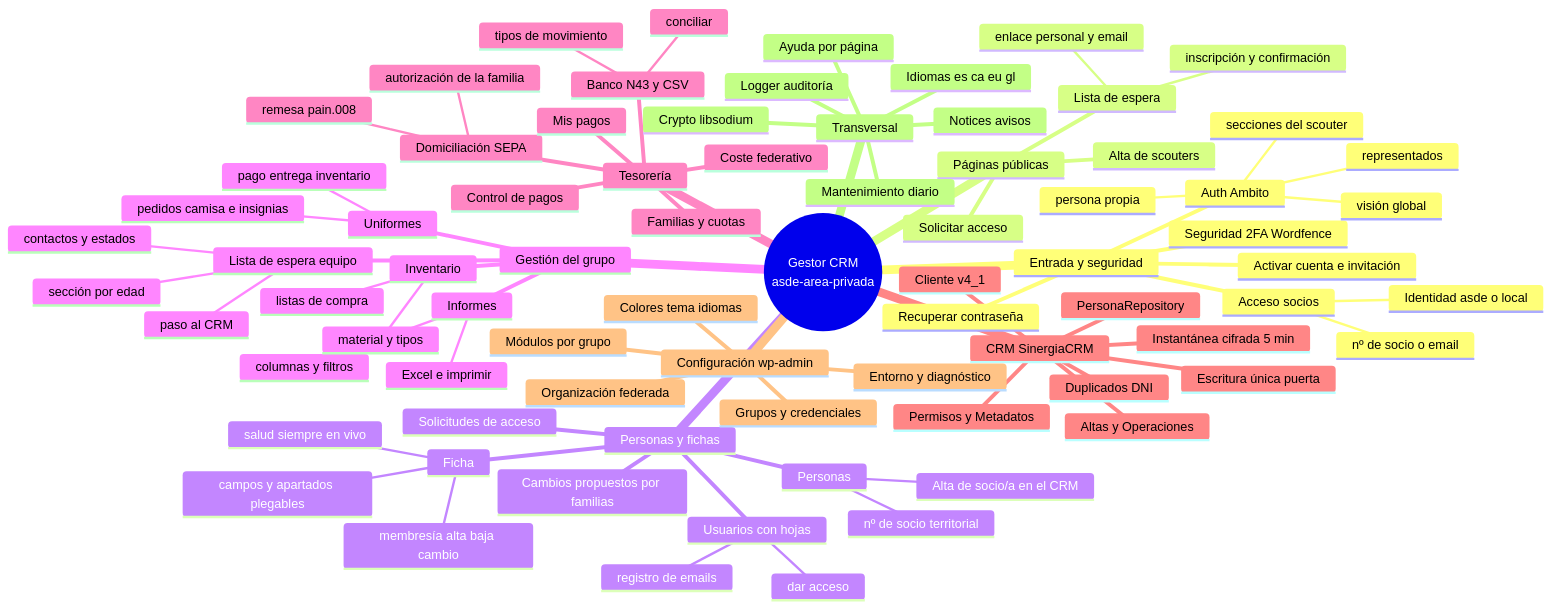
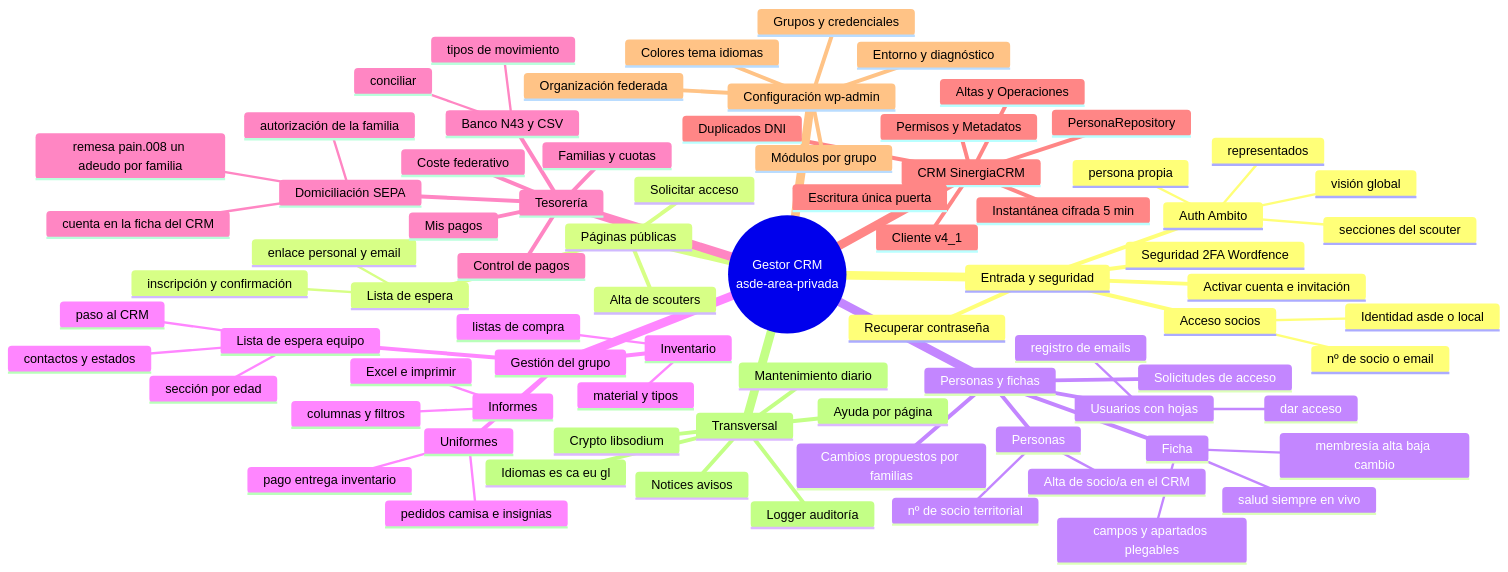
The first of 3 diagrams in docs/40-mapa-de-la-aplicacion.md (fmrondonPmi/GestorCRM-Scouts-de-Espa-a), drawn with Mermaid before and after one commit. The commit also changed other lines of this file and 73 other files, not shown here.

First line of the commit message:
v0.33.0: la cuenta de la domiciliación, en la ficha del CRM (versión, textos, docs y manual)

````diff
--- a/docs/40-mapa-de-la-aplicacion.md
+++ b/docs/40-mapa-de-la-aplicacion.md
@@ -13,81 +13,82 @@
 ```mermaid
 mindmap
   root((Gestor CRM<br/>asde-area-privada))
     Entrada y seguridad
       Acceso socios
         nº de socio o email
         Identidad asde o local
       Activar cuenta e invitación
       Recuperar contraseña
       Seguridad 2FA Wordfence
       Auth Ambito
         persona propia
         representados
         secciones del scouter
         visión global
     Páginas públicas
       Solicitar acceso
       Alta de scouters
       Lista de espera
         inscripción y confirmación
         enlace personal y email
     Personas y fichas
       Personas
         Alta de socio/a en el CRM
         nº de socio territorial
       Ficha
         campos y apartados plegables
         membresía alta baja cambio
         salud siempre en vivo
       Cambios propuestos por familias
       Solicitudes de acceso
       Usuarios con hojas
         dar acceso
         registro de emails
     Gestión del grupo
       Informes
         columnas y filtros
         Excel e imprimir
       Inventario
         material y tipos
         listas de compra
       Uniformes
         pedidos camisa e insignias
         pago entrega inventario
       Lista de espera equipo
         sección por edad
         contactos y estados
         paso al CRM
     Tesorería
       Familias y cuotas
       Control de pagos
       Coste federativo
       Banco N43 y CSV
         conciliar
         tipos de movimiento
       Domiciliación SEPA
         autorización de la familia
-        remesa pain.008
+        cuenta en la ficha del CRM
+        remesa pain.008 un adeudo por familia
       Mis pagos
     CRM SinergiaCRM
       Cliente v4_1
       PersonaRepository
       Instantánea cifrada 5 min
       Escritura única puerta
       Altas y Operaciones
       Duplicados DNI
       Permisos y Metadatos
     Configuración wp-admin
       Grupos y credenciales
       Organización federada
       Módulos por grupo
       Colores tema idiomas
       Entorno y diagnóstico
     Transversal
       Crypto libsodium
       Logger auditoría
       Notices avisos
       Idiomas es ca eu gl
       Ayuda por página
       Mantenimiento diario
 ```
````
